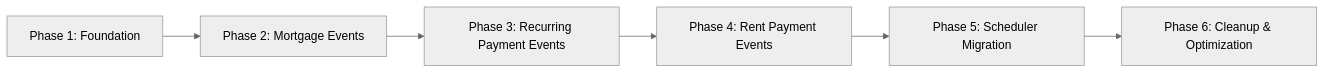
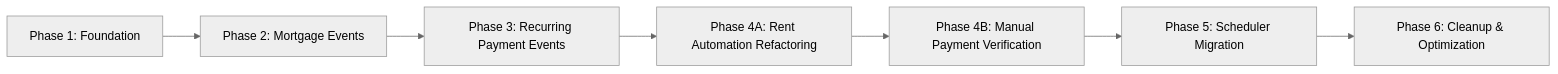
Before and after one commit to Pokedude1997/ImmoPi_local: the diagram in edPlan.md, drawn with Mermaid (neutral theme). The commit also changed other lines of this file and 10 other files, not shown here.

First line of the commit message:
Phase 1: Foundation & Infrastructure for Event-Driven Architecture

````diff
--- a/edPlan.md
+++ b/edPlan.md
@@ -148,8 +215,9 @@
 ```mermaid
 graph LR
     A[Phase 1: Foundation] --> B[Phase 2: Mortgage Events]
     B --> C[Phase 3: Recurring Payment Events]
-    C --> D[Phase 4: Rent Payment Events]
-    D --> E[Phase 5: Scheduler Migration]
-    E --> F[Phase 6: Cleanup & Optimization]
+    C --> D[Phase 4A: Rent Automation Refactoring]
+    D --> E[Phase 4B: Manual Payment Verification]
+    E --> F[Phase 5: Scheduler Migration]
+    F --> G[Phase 6: Cleanup & Optimization]
 ```
````
